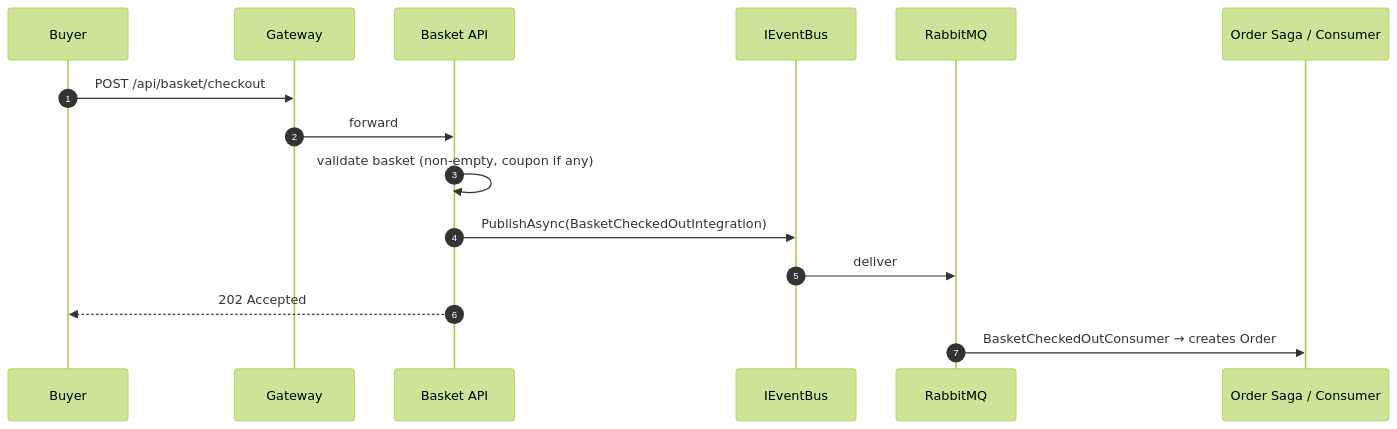
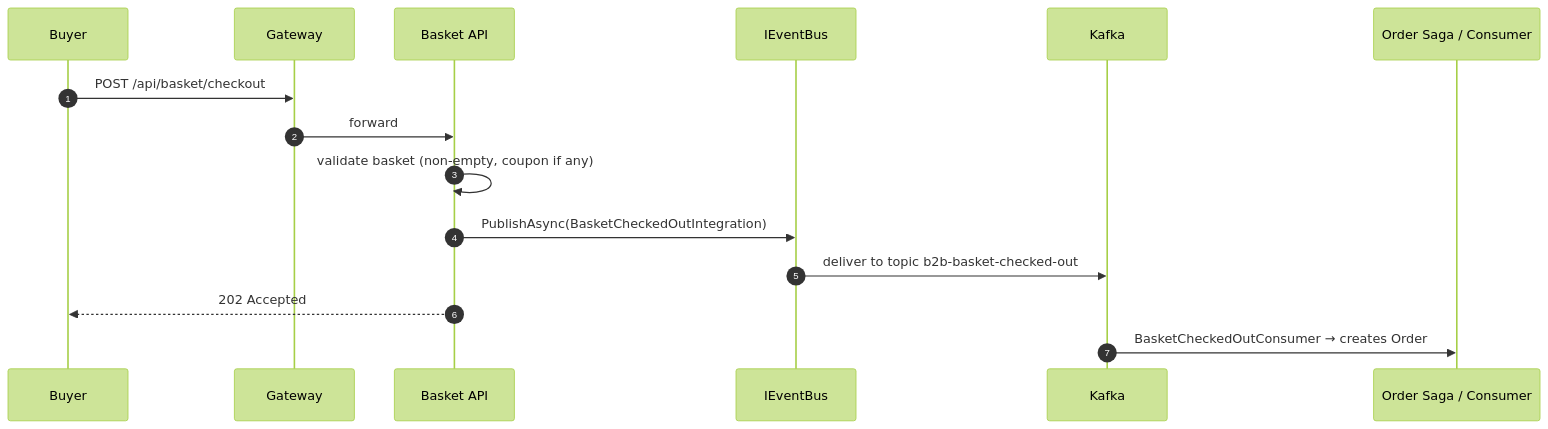
One commit to 4bitsteams/B2B-Microservice-Modern-Architecture changed the second of 2 diagrams in docs/LLD.md. Above: the diagram before and after it, drawn with Mermaid (forest theme). The commit also changed other lines of this file and 53 other files, not shown here.

````diff
--- a/docs/LLD.md
+++ b/docs/LLD.md
@@ -358,18 +415,18 @@
 ```mermaid
 sequenceDiagram
   autonumber
   participant Buyer
   participant GW as Gateway
   participant Ba as Basket API
   participant Bus as IEventBus
-  participant RMQ as RabbitMQ
+  participant KF as Kafka
   participant Or as Order Saga / Consumer
 
   Buyer->>GW: POST /api/basket/checkout
   GW->>Ba: forward
   Ba->>Ba: validate basket (non-empty, coupon if any)
   Ba->>Bus: PublishAsync(BasketCheckedOutIntegration)
-  Bus->>RMQ: deliver
+  Bus->>KF: deliver to topic b2b-basket-checked-out
   Ba-->>Buyer: 202 Accepted
-  RMQ->>Or: BasketCheckedOutConsumer → creates Order
+  KF->>Or: BasketCheckedOutConsumer → creates Order
 ```
````
